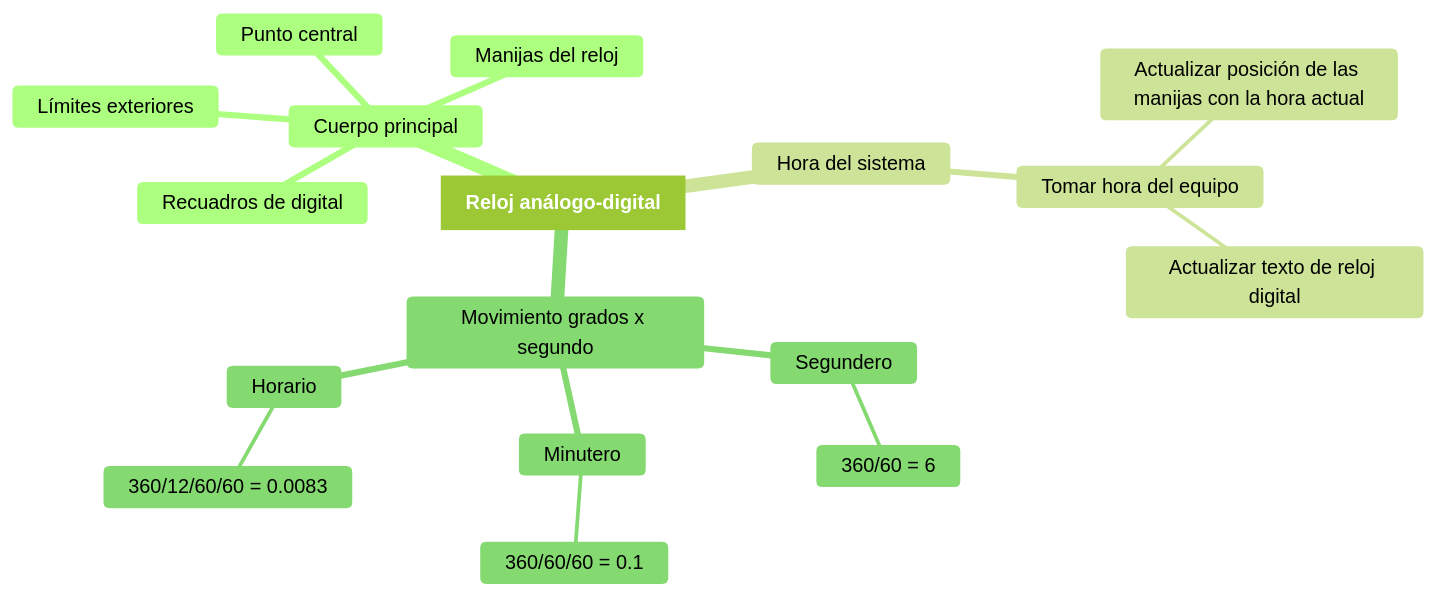
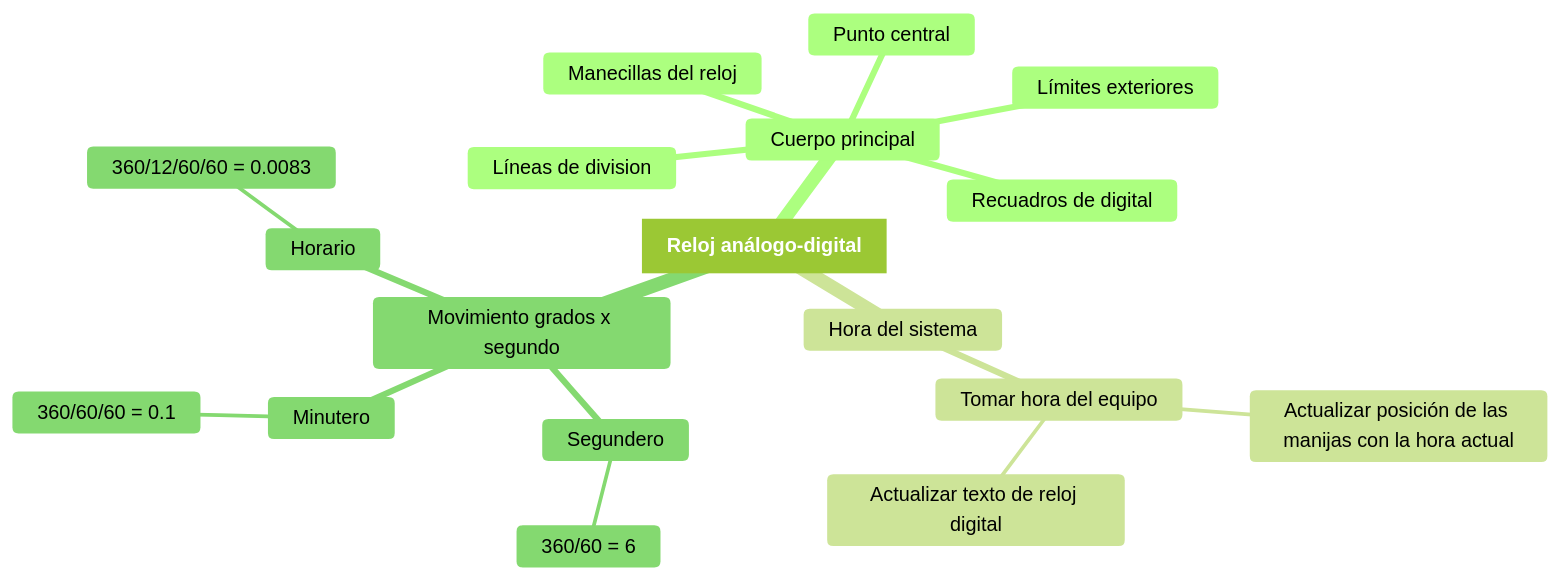
Before and after one commit to alejojimenezz/Academic-Projects: the diagram in CompGraf/Reloj/README.md, drawn with Mermaid (forest theme). The commit also changed other lines of this file, not shown here.

Commit message:
Actualización de README del reloj

````diff
--- a/CompGraf/Reloj/README.md
+++ b/CompGraf/Reloj/README.md
@@ -28,20 +31,21 @@
 ```mermaid
 mindmap
   Root [**Reloj análogo-digital**]
     Cuerpo principal
       Límites exteriores
       Punto central
-      Manijas del reloj
+      Manecillas del reloj
       Recuadros de digital
+      Líneas de division
     Hora del sistema
       Tomar hora del equipo
         Actualizar posición de las manijas con la hora actual
         Actualizar texto de reloj digital
     Movimiento grados x segundo
       Segundero
         360/60 = 6
       Minutero
         360/60/60 = 0.1
       Horario
         360/12/60/60 = 0.0083
 ```
````
